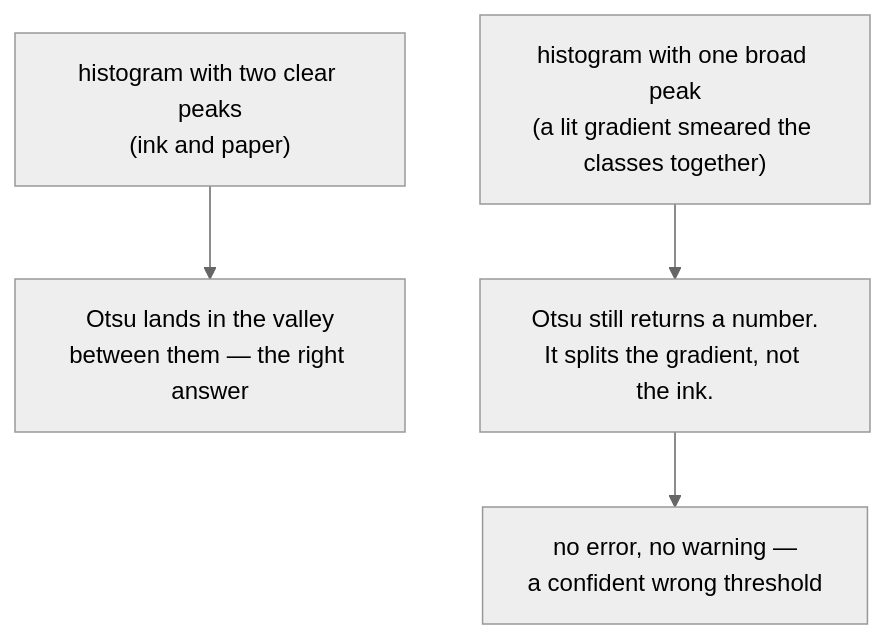
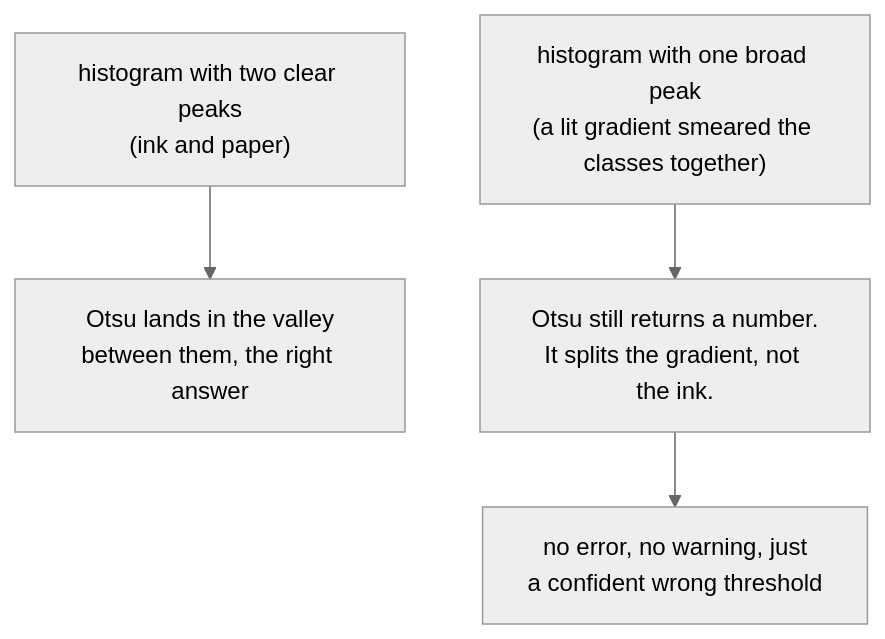
Before and after one commit to jennarbates/StratigraphyGenerator: the diagram in docs/cs/otsu-thresholding.md, drawn with Mermaid (neutral theme). The commit also changed other lines of this file and 309 other files, not shown here.

````diff
--- a/docs/cs/otsu-thresholding.md
+++ b/docs/cs/otsu-thresholding.md
@@ -38,6 +38,6 @@
 ```mermaid
 flowchart TB
-  H["histogram with two clear peaks<br/>(ink and paper)"] --> Good["Otsu lands in the valley<br/>between them — the right answer"]
+  H["histogram with two clear peaks<br/>(ink and paper)"] --> Good["Otsu lands in the valley<br/>between them, the right answer"]
   H2["histogram with one broad peak<br/>(a lit gradient smeared the classes together)"] --> Bad["Otsu still returns a number.<br/>It splits the gradient, not the ink."]
-  Bad --> Note["no error, no warning —<br/>a confident wrong threshold"]
+  Bad --> Note["no error, no warning, just<br/>a confident wrong threshold"]
 ```
````
